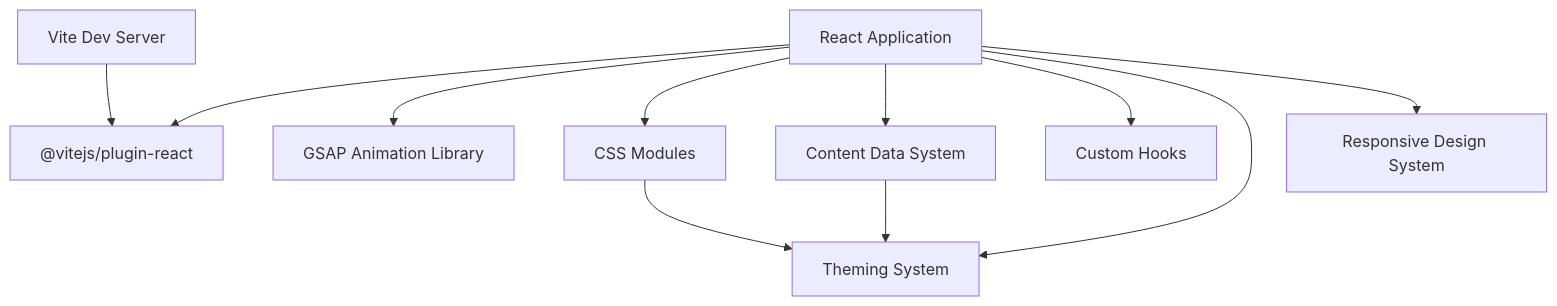
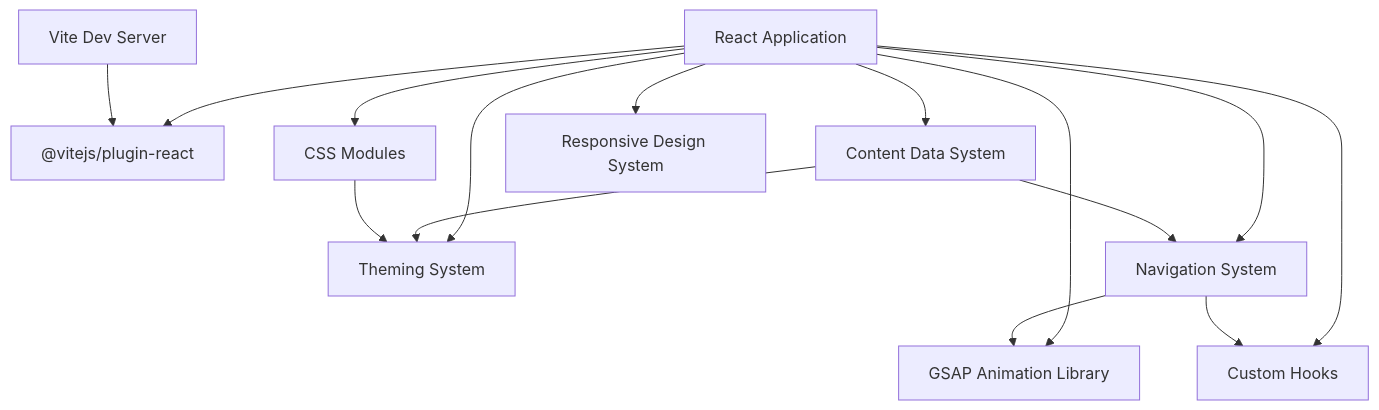
Diagram 14 of 14 in .qoder/repowiki/en/content/Application Architecture.md (rakeshmaity271/frankie-picasso), drawn with Mermaid before and after one commit. The commit also changed other lines of this file and 27 other files, not shown here.

````diff
--- a/.qoder/repowiki/en/content/Application Architecture.md
+++ b/.qoder/repowiki/en/content/Application Architecture.md
@@ -705,22 +968,27 @@
 ```mermaid
 graph TB
 ReactApp["React Application"]
 Vite["Vite Dev Server"]
 ReactPlugin["@vitejs/plugin-react"]
 GSAP["GSAP Animation Library"]
 CSSModules["CSS Modules"]
 ContentData["Content Data System"]
 Hooks["Custom Hooks"]
 ThemingSystem["Theming System"]
+NavigationSystem["Navigation System"]
 ResponsiveDesign["Responsive Design System"]
 ReactApp --> ReactPlugin
 ReactApp --> GSAP
 ReactApp --> CSSModules
 ReactApp --> ContentData
 ReactApp --> Hooks
 ReactApp --> ThemingSystem
+ReactApp --> NavigationSystem
 ReactApp --> ResponsiveDesign
 Vite --> ReactPlugin
 ContentData --> ThemingSystem
+ContentData --> NavigationSystem
 CSSModules --> ThemingSystem
+NavigationSystem --> Hooks
+NavigationSystem --> GSAP
 ```
````
